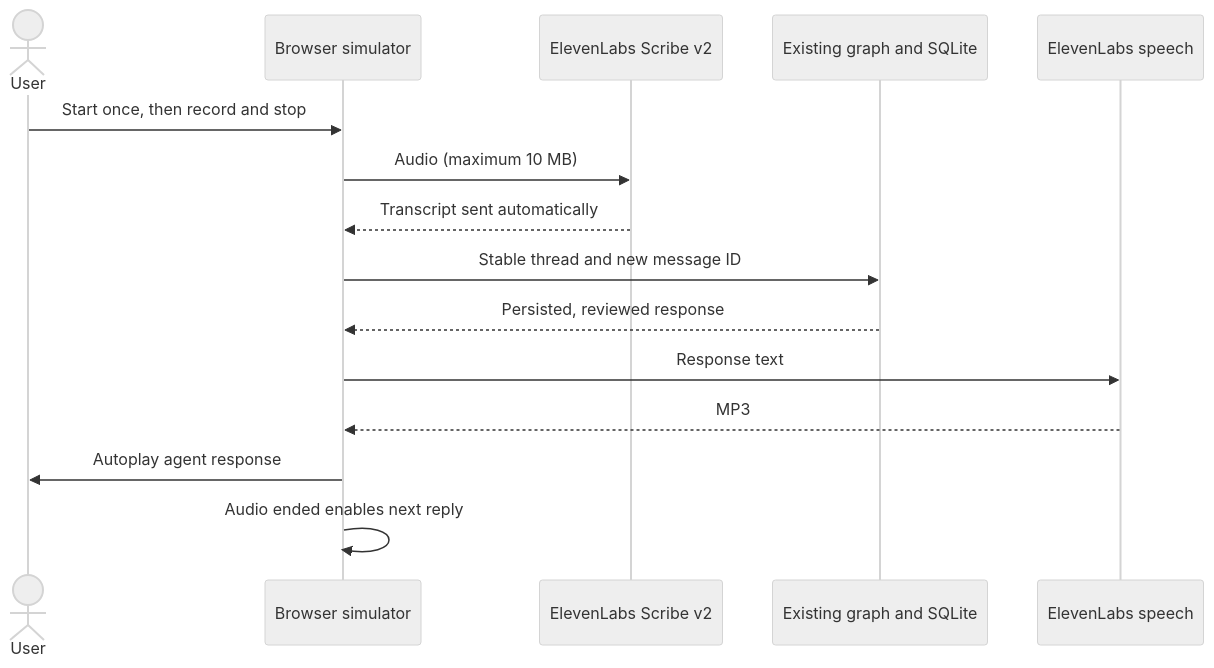
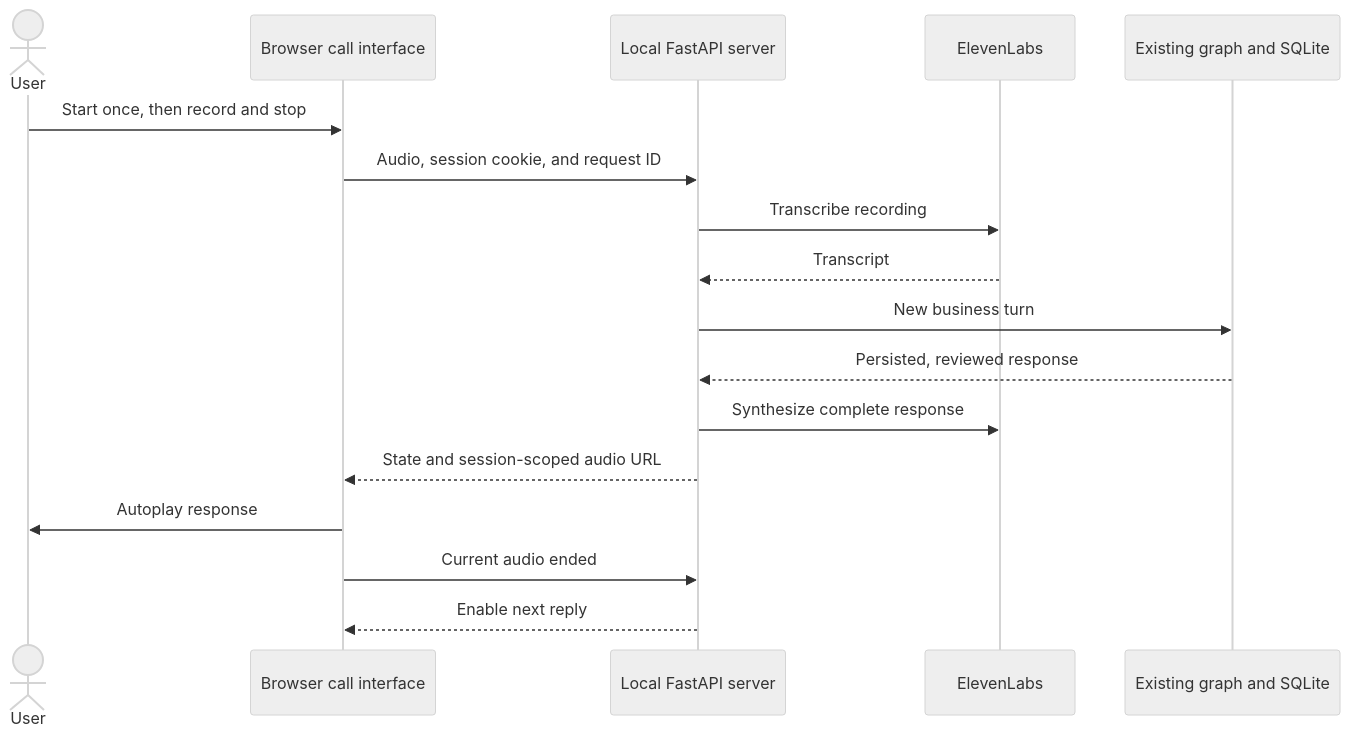
Before and after one commit to sergiomorapardo/AgenticDebtCollection: the diagram in apps/voice_simulator/README.md, drawn with Mermaid (neutral theme). The commit also changed other lines of this file and 1 other file, not shown here.

Commit message:
docs(voice): document local call API and browser validation

````diff
--- a/apps/voice_simulator/README.md
+++ b/apps/voice_simulator/README.md
@@ -6,17 +9,19 @@
 ```mermaid
 sequenceDiagram
     actor User
-    participant UI as Browser simulator
-    participant STT as ElevenLabs Scribe v2
+    participant UI as Browser call interface
+    participant API as Local FastAPI server
+    participant Speech as ElevenLabs
     participant Agent as Existing graph and SQLite
-    participant TTS as ElevenLabs speech
     User->>UI: Start once, then record and stop
-    UI->>STT: Audio (maximum 10 MB)
-    STT-->>UI: Transcript sent automatically
-    UI->>Agent: Stable thread and new message ID
-    Agent-->>UI: Persisted, reviewed response
-    UI->>TTS: Response text
-    TTS-->>UI: MP3
-    UI->>User: Autoplay agent response
-    UI->>UI: Audio ended enables next reply
+    UI->>API: Audio, session cookie, and request ID
+    API->>Speech: Transcribe recording
+    Speech-->>API: Transcript
+    API->>Agent: New business turn
+    Agent-->>API: Persisted, reviewed response
+    API->>Speech: Synthesize complete response
+    API-->>UI: State and session-scoped audio URL
+    UI->>User: Autoplay response
+    UI->>API: Current audio ended
+    API-->>UI: Enable next reply
 ```
````
